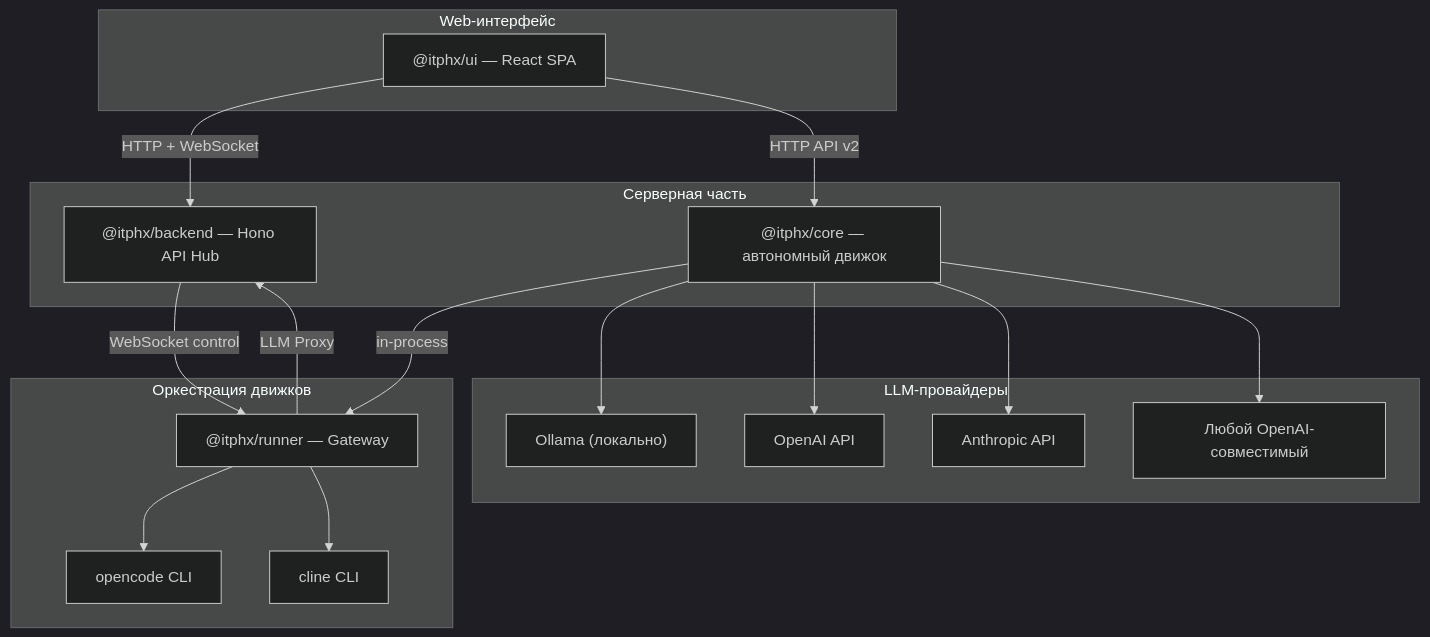
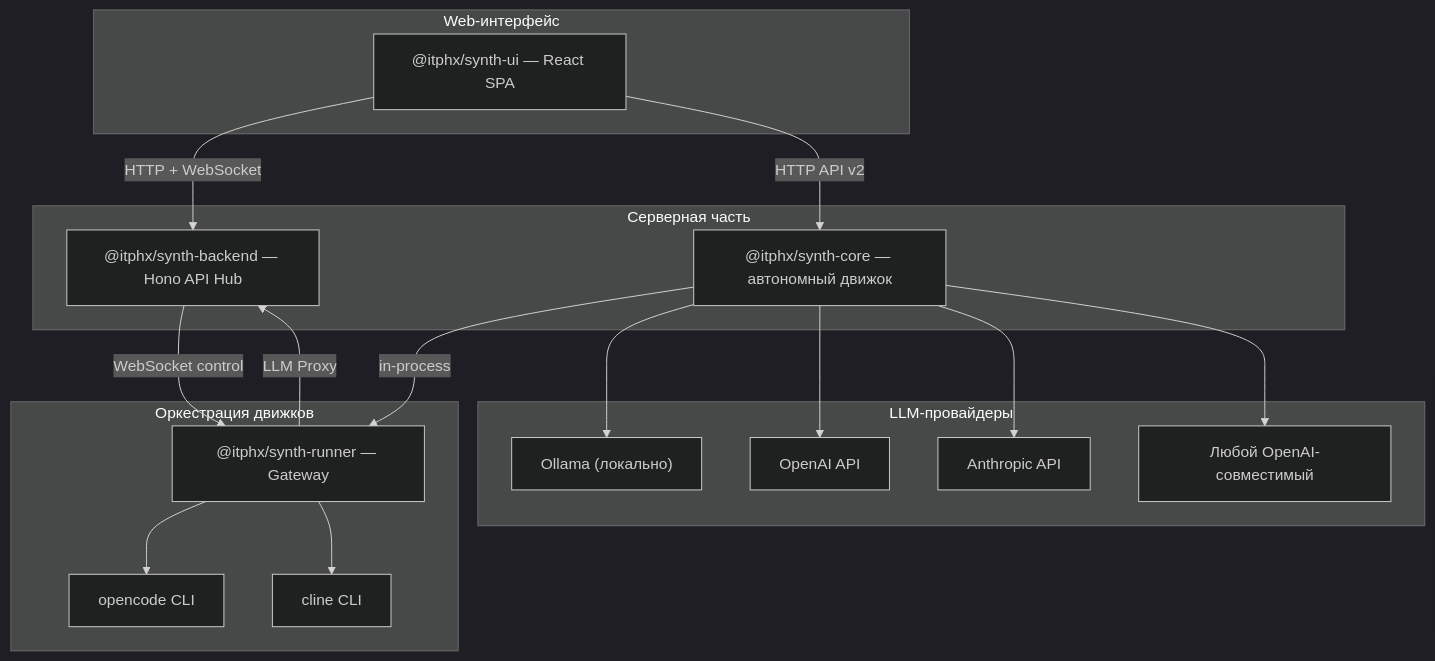
The diagram in docs/ARCHITECTURE.md (itphx/synth), drawn with Mermaid (dark theme) before and after one commit. The commit also changed other lines of this file and 165 other files, not shown here.

First line of the commit message:
refactor(packages): переименование пакетов @itphx/synth-* + bump 0.2.0

````diff
--- a/docs/ARCHITECTURE.md
+++ b/docs/ARCHITECTURE.md
@@ -17,39 +17,39 @@
 ```mermaid
 flowchart TB
     subgraph UI["Web-интерфейс"]
-        synth_ui["@itphx/ui — React SPA"]
+        synth_ui["@itphx/synth-ui — React SPA"]
     end
 
     subgraph Server["Серверная часть"]
-        synth_backend["@itphx/backend — Hono API Hub"]
-        synth_core["@itphx/core — автономный движок"]
+        synth_backend["@itphx/synth-backend — Hono API Hub"]
+        synth_core["@itphx/synth-core — автономный движок"]
     end
 
     subgraph Runner["Оркестрация движков"]
-        synth_runner["@itphx/runner — Gateway"]
+        synth_runner["@itphx/synth-runner — Gateway"]
         opencode["opencode CLI"]
         cline["cline CLI"]
     end
 
     subgraph LLM["LLM-провайдеры"]
         ollama["Ollama (локально)"]
         openai["OpenAI API"]
         anthropic["Anthropic API"]
         providers["Любой OpenAI-совместимый"]
     end
 
     synth_ui -->|HTTP + WebSocket| synth_backend
     synth_ui -->|HTTP API v2| synth_core
 
     synth_backend -->|WebSocket control| synth_runner
     synth_core -->|in-process| synth_runner
 
     synth_runner --> opencode
     synth_runner --> cline
     synth_runner -->|LLM Proxy| synth_backend
 
     synth_core --> ollama
     synth_core --> openai
     synth_core --> anthropic
     synth_core --> providers
 ```
````
